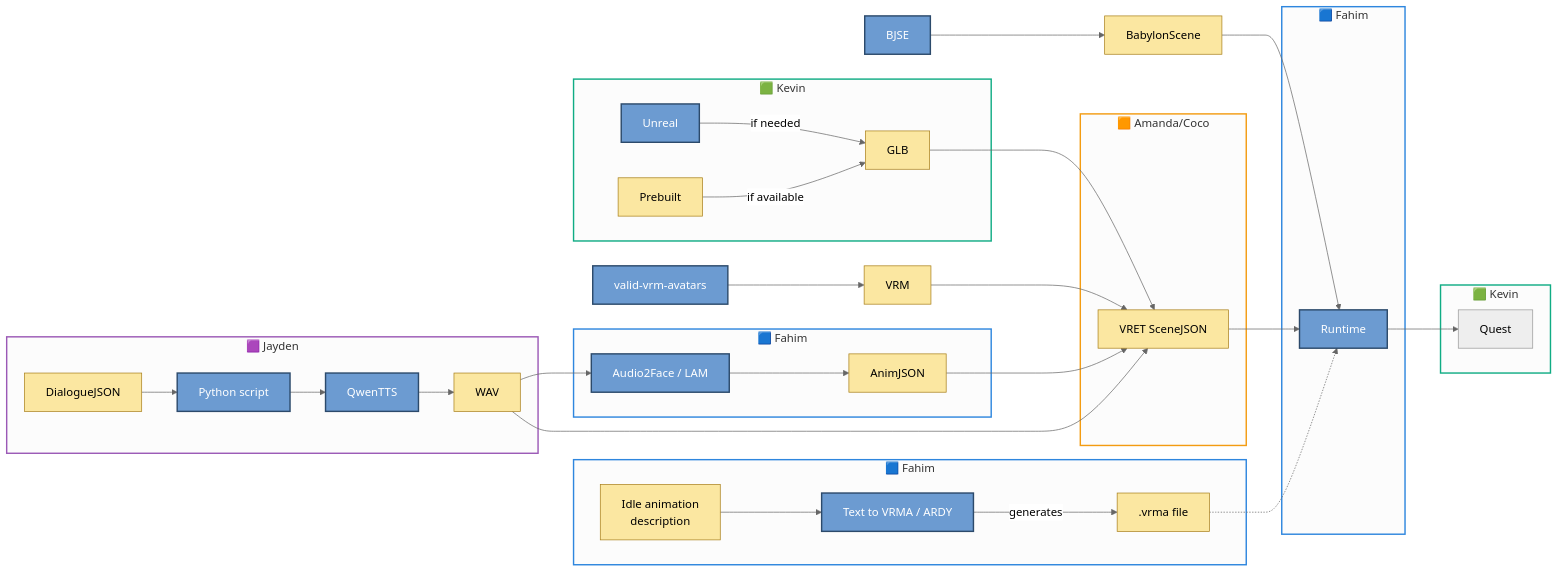
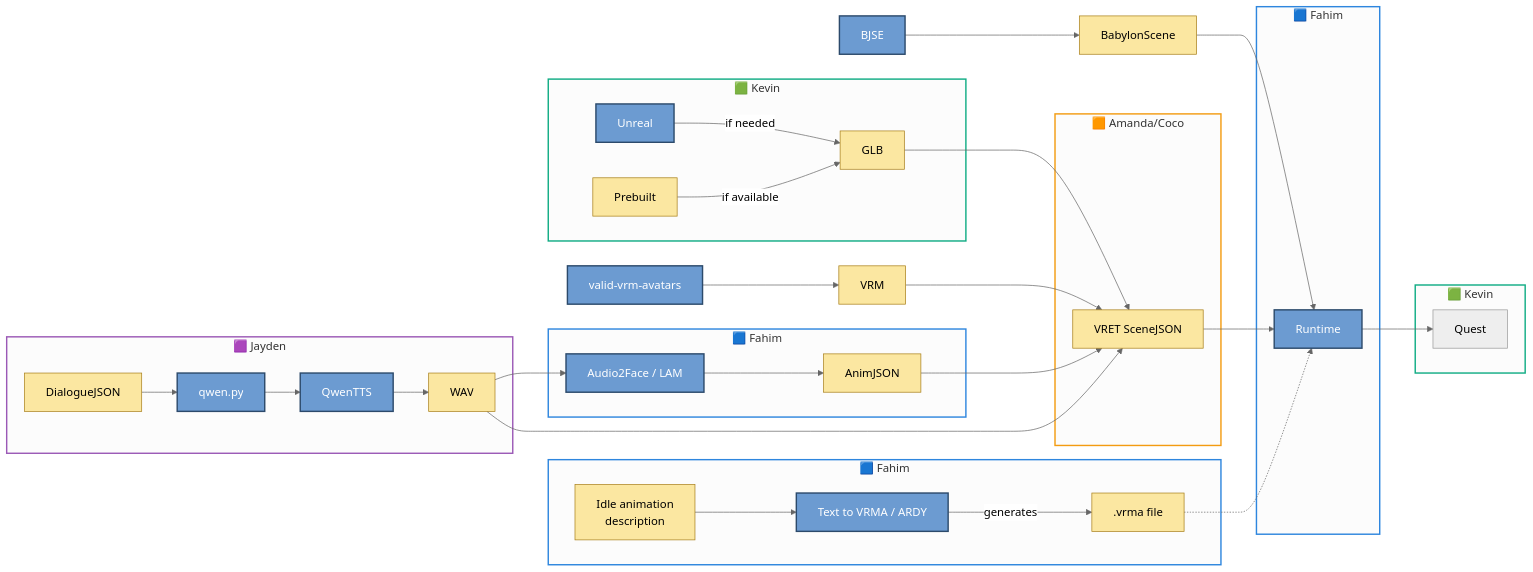
One commit to SBU-VRET/VRET-Project changed the first of 8 diagrams in docs/TECH_PIPELINE.md. Above: the diagram before and after it, drawn with Mermaid (neutral theme). The commit also changed other lines of this file and 7 other files, not shown here.

````diff
--- a/docs/TECH_PIPELINE.md
+++ b/docs/TECH_PIPELINE.md
@@ -13,59 +13,59 @@
 ```mermaid
 flowchart LR
     Library["valid-vrm-avatars"] --> VRM
 
     subgraph K_export["🟩 Kevin"]
     Unreal -->|"if needed"| GLB
     Prebuilt -->|"if available"| GLB
     end
 
     BJSE --> BabylonScene
 
     subgraph AC_scene["🟧 Amanda/Coco"]
     SceneJSON["VRET SceneJSON"]
     end
     GLB --> SceneJSON
 
     subgraph J_voice["🟪 Jayden"]
-    DialogueJSON --> PyScript["Python script"] --> QwenTTS --> WAV
+    DialogueJSON --> PyScript["qwen.py"] --> QwenTTS --> WAV
     end
 
     subgraph F_facial["🟦 Fahim"]
     FaceTool["Audio2Face / LAM"]
     AnimJSON
     end
     WAV --> FaceTool --> AnimJSON
 
     VRM --> SceneJSON
     AnimJSON --> SceneJSON
     WAV --> SceneJSON
 
     subgraph F_runtime["🟦 Fahim"]
     Runtime
     end
     BabylonScene --> Runtime
     SceneJSON --> Runtime
 
     subgraph K_device["🟩 Kevin"]
     Quest
     end
     Runtime --> Quest
 
     subgraph F_idle["🟦 Fahim"]
     IdleDesc["Idle animation<br/>description"] --> IdleTool["Text to VRMA / ARDY"] -->|generates| VRMAFile[".vrma file"]
     end
     VRMAFile -.-> Runtime
 
     classDef tool fill:#6c9bd1,stroke:#2c4a6b,stroke-width:2px,color:#fff;
     classDef artifact fill:#fbe7a1,stroke:#a87f1a,stroke-width:1px,color:#000;
     class Library,Unreal,BJSE,PyScript,QwenTTS,FaceTool,Runtime,IdleTool tool
     class VRM,GLB,Prebuilt,BabylonScene,DialogueJSON,WAV,AnimJSON,SceneJSON,IdleDesc,VRMAFile artifact
 
     style K_export stroke:#10AC84,stroke-width:2px
     style K_device stroke:#10AC84,stroke-width:2px
     style F_facial stroke:#2E86DE,stroke-width:2px
     style F_runtime stroke:#2E86DE,stroke-width:2px
     style F_idle stroke:#2E86DE,stroke-width:2px
     style J_voice stroke:#9B59B6,stroke-width:2px
     style AC_scene stroke:#F39C12,stroke-width:2px
 ```
````
